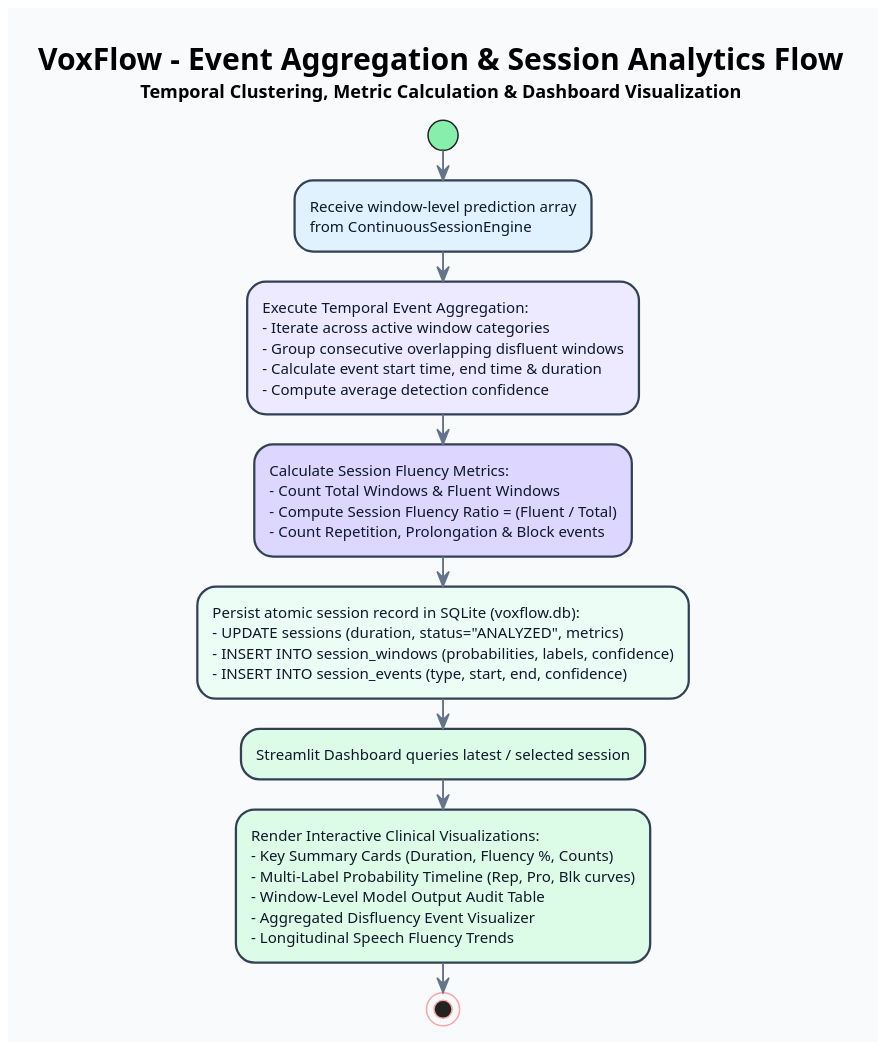
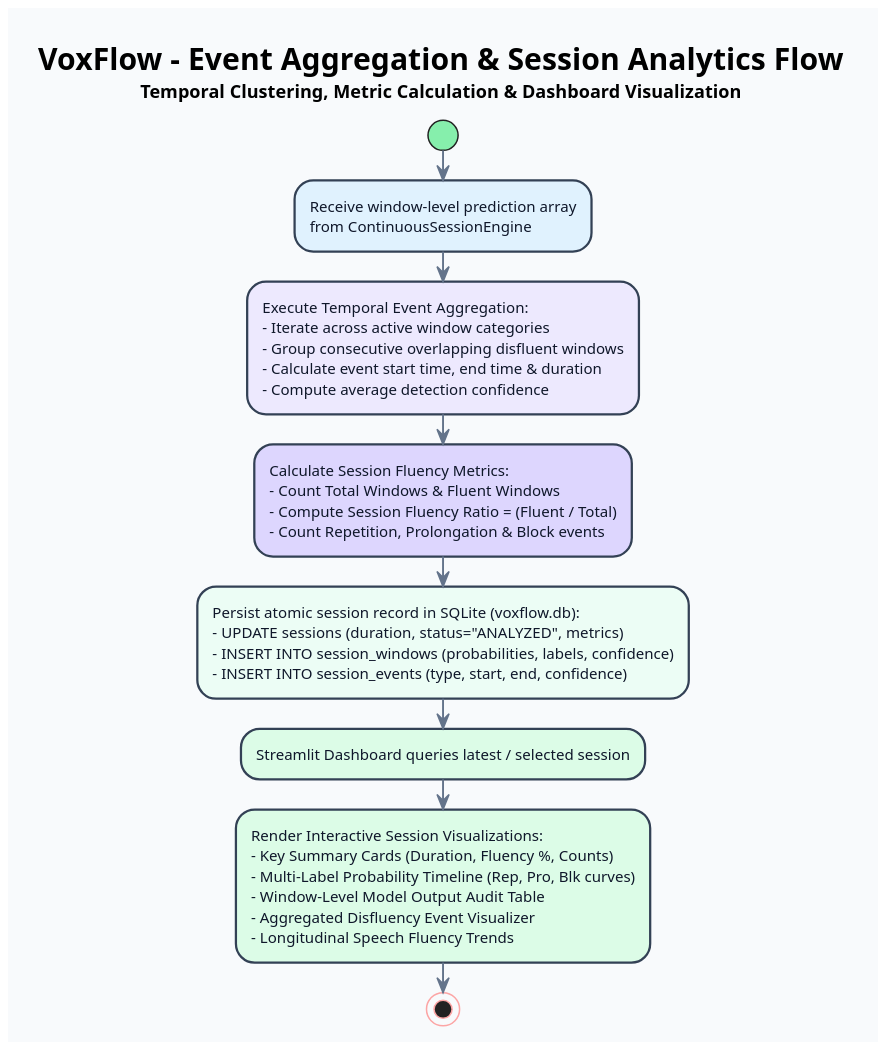
One commit to PetaSivaNandhanReddy/voxflow changed the diagram in VoxFlow_uml/VoxFlow_uml/methodology/3_PredStorage_Dashboard.puml. Above: the diagram before and after it, drawn with PlantUML. The commit also changed 11 other files, not shown here.

Commit message:
docs: refine uml class, state machine, and architecture representations

```diff
--- a/VoxFlow_uml/VoxFlow_uml/methodology/3_PredStorage_Dashboard.puml
+++ b/VoxFlow_uml/VoxFlow_uml/methodology/3_PredStorage_Dashboard.puml
@@ -1,42 +1,42 @@
 @startuml
 title <size:20><b>VoxFlow - Event Aggregation & Session Analytics Flow</b></size>\n<size:12>Temporal Clustering, Metric Calculation & Dashboard Visualization</size>
 
 skinparam backgroundColor #F8FAFC
 skinparam shadowing false
 skinparam dpi 170
 
 skinparam activity {
     BackgroundColor #FFFFFF
     BorderColor #334155
     BorderThickness 1.5
     FontColor #0F172A
     FontSize 10
 
     DiamondBackgroundColor #F5F3FF
     DiamondBorderColor #7C3AED
     DiamondFontColor #0F172A
 
     StartColor #86EFAC
     StopColor #FCA5A5
 }
 
 skinparam ArrowColor #64748B
 skinparam ArrowThickness 1.3
 
 start
 
 #E0F2FE:Receive window-level prediction array\nfrom ContinuousSessionEngine;
 
 #EDE9FE:Execute Temporal Event Aggregation:\n- Iterate across active window categories\n- Group consecutive overlapping disfluent windows\n- Calculate event start time, end time & duration\n- Compute average detection confidence;
 
 #DDD6FE:Calculate Session Fluency Metrics:\n- Count Total Windows & Fluent Windows\n- Compute Session Fluency Ratio = (Fluent / Total)\n- Count Repetition, Prolongation & Block events;
 
 #ECFDF5:Persist atomic session record in SQLite (voxflow.db):\n- UPDATE sessions (duration, status="ANALYZED", metrics)\n- INSERT INTO session_windows (probabilities, labels, confidence)\n- INSERT INTO session_events (type, start, end, confidence);
 
 #DCFCE7:Streamlit Dashboard queries latest / selected session;
 
-#DCFCE7:Render Interactive Clinical Visualizations:\n- Key Summary Cards (Duration, Fluency %, Counts)\n- Multi-Label Probability Timeline (Rep, Pro, Blk curves)\n- Window-Level Model Output Audit Table\n- Aggregated Disfluency Event Visualizer\n- Longitudinal Speech Fluency Trends;
+#DCFCE7:Render Interactive Session Visualizations:\n- Key Summary Cards (Duration, Fluency %, Counts)\n- Multi-Label Probability Timeline (Rep, Pro, Blk curves)\n- Window-Level Model Output Audit Table\n- Aggregated Disfluency Event Visualizer\n- Longitudinal Speech Fluency Trends;
 
 stop
 
 @enduml
```
